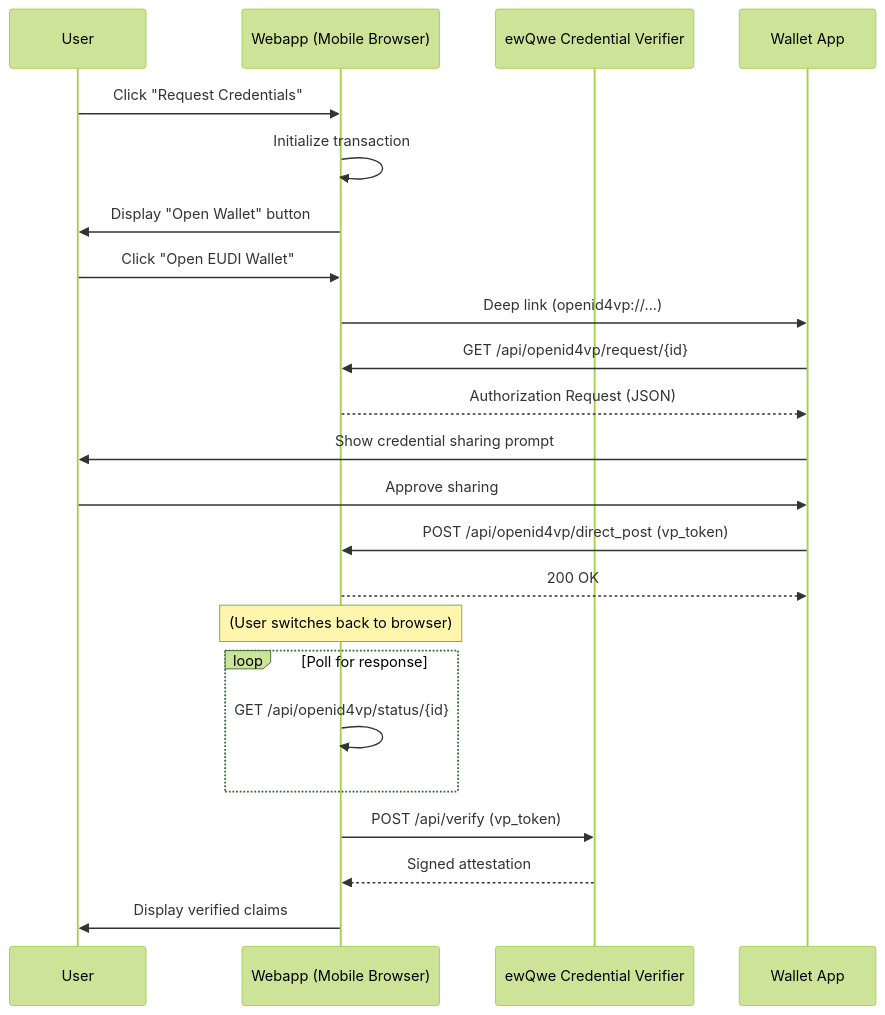
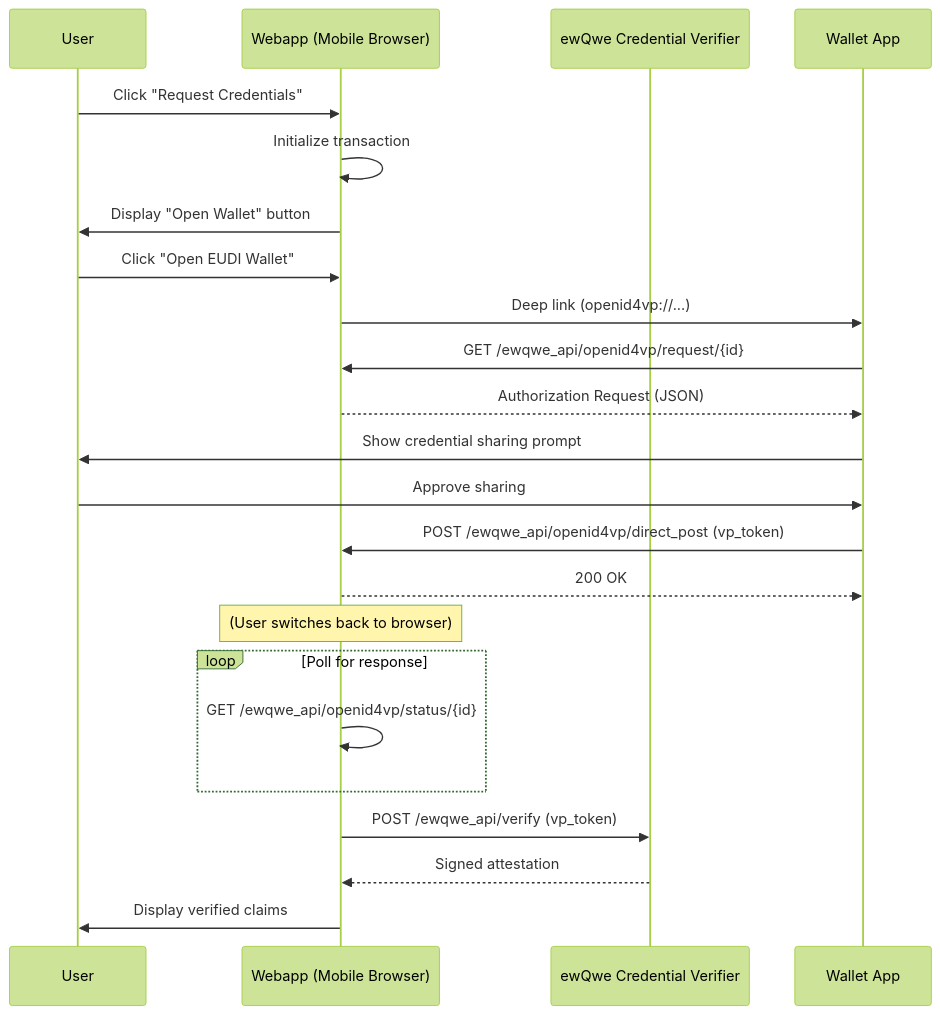
One commit to rd-ewqwe/ewqwe-identity changed the fourth of 4 diagrams in documentation/src/demo_webapp.md. Above: the diagram before and after it, drawn with Mermaid (forest theme). The commit also changed other lines of this file and 33 other files, not shown here.

Commit message:
changed api endpoint from /api/ to /ewqwe_api/

````diff
--- a/documentation/src/demo_webapp.md
+++ b/documentation/src/demo_webapp.md
@@ -209,29 +209,29 @@
 ```mermaid
 sequenceDiagram
     participant U as User
     participant W as Webapp (Mobile Browser)
     participant V as ewQwe Credential Verifier
     participant M as Wallet App
 
     U->>W: Click "Request Credentials"
     W->>W: Initialize transaction
     W->>U: Display "Open Wallet" button
 
     U->>W: Click "Open EUDI Wallet"
     W->>M: Deep link (openid4vp://...)
-    M->>W: GET /api/openid4vp/request/{id}
+    M->>W: GET /ewqwe_api/openid4vp/request/{id}
     W-->>M: Authorization Request (JSON)
     M->>U: Show credential sharing prompt
     U->>M: Approve sharing
-    M->>W: POST /api/openid4vp/direct_post (vp_token)
+    M->>W: POST /ewqwe_api/openid4vp/direct_post (vp_token)
     W-->>M: 200 OK
 
     Note over W: (User switches back to browser)
     loop Poll for response
-        W->>W: GET /api/openid4vp/status/{id}
+        W->>W: GET /ewqwe_api/openid4vp/status/{id}
     end
 
-    W->>V: POST /api/verify (vp_token)
+    W->>V: POST /ewqwe_api/verify (vp_token)
     V-->>W: Signed attestation
     W->>U: Display verified claims
 ```
````
